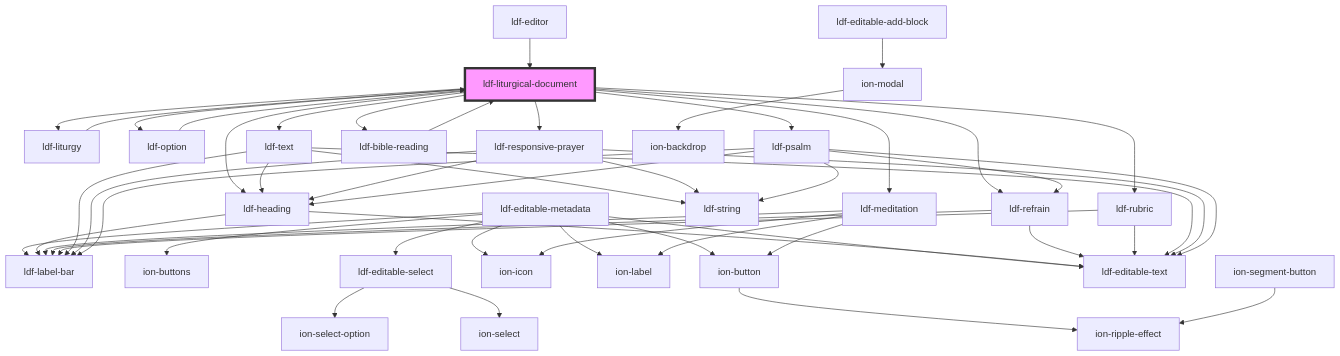
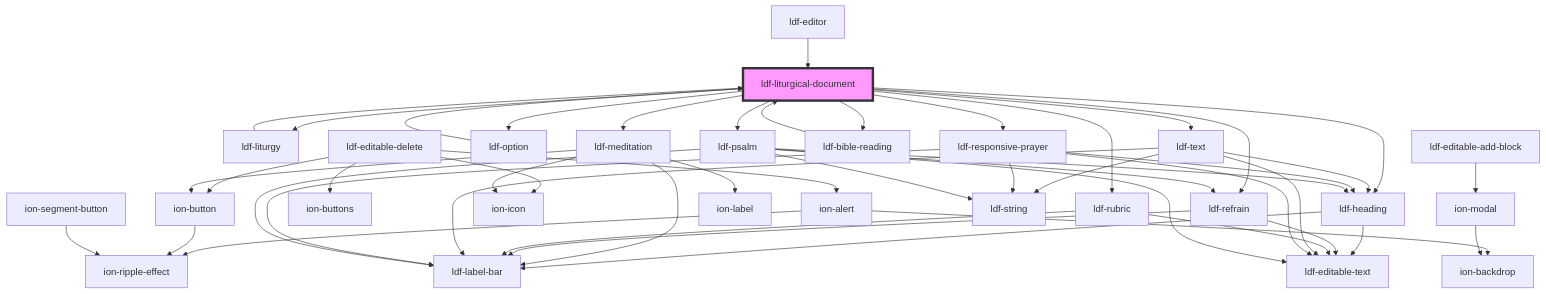
Before and after one commit to gbj/venite: the diagram in components/src/components/liturgical-document/readme.md, drawn with Mermaid. The commit also changed other lines of this file and 11 other files, not shown here.

Commit message:
Delete button

````diff
--- a/components/src/components/liturgical-document/readme.md
+++ b/components/src/components/liturgical-document/readme.md
@@ -47,54 +48,51 @@
 ```mermaid
 graph TD;
   ldf-liturgical-document --> ldf-liturgy
   ldf-liturgical-document --> ldf-heading
   ldf-liturgical-document --> ldf-meditation
   ldf-liturgical-document --> ldf-option
   ldf-liturgical-document --> ldf-refrain
   ldf-liturgical-document --> ldf-rubric
   ldf-liturgical-document --> ldf-text
   ldf-liturgical-document --> ldf-responsive-prayer
   ldf-liturgical-document --> ldf-bible-reading
   ldf-liturgical-document --> ldf-psalm
   ldf-liturgy --> ldf-liturgical-document
+  ldf-editable-delete --> ion-alert
+  ldf-editable-delete --> ion-buttons
+  ldf-editable-delete --> ion-button
+  ldf-editable-delete --> ion-icon
+  ion-alert --> ion-ripple-effect
+  ion-alert --> ion-backdrop
+  ion-button --> ion-ripple-effect
   ldf-editable-add-block --> ion-modal
   ion-modal --> ion-backdrop
-  ldf-editable-metadata --> ldf-label-bar
-  ldf-editable-metadata --> ion-buttons
-  ldf-editable-metadata --> ion-button
-  ldf-editable-metadata --> ion-icon
-  ldf-editable-metadata --> ion-label
-  ldf-editable-metadata --> ldf-editable-select
-  ldf-editable-metadata --> ldf-editable-text
-  ion-button --> ion-ripple-effect
-  ldf-editable-select --> ion-select
-  ldf-editable-select --> ion-select-option
   ldf-heading --> ldf-editable-text
   ldf-heading --> ldf-label-bar
   ldf-meditation --> ion-button
   ldf-meditation --> ion-icon
   ldf-meditation --> ion-label
   ldf-meditation --> ldf-label-bar
   ldf-option --> ldf-liturgical-document
   ion-segment-button --> ion-ripple-effect
   ldf-refrain --> ldf-label-bar
   ldf-refrain --> ldf-editable-text
   ldf-rubric --> ldf-label-bar
   ldf-rubric --> ldf-editable-text
   ldf-text --> ldf-label-bar
   ldf-text --> ldf-heading
   ldf-text --> ldf-editable-text
   ldf-text --> ldf-string
   ldf-responsive-prayer --> ldf-editable-text
   ldf-responsive-prayer --> ldf-string
   ldf-responsive-prayer --> ldf-label-bar
   ldf-responsive-prayer --> ldf-heading
   ldf-bible-reading --> ldf-liturgical-document
   ldf-psalm --> ldf-refrain
   ldf-psalm --> ldf-heading
   ldf-psalm --> ldf-label-bar
   ldf-psalm --> ldf-editable-text
   ldf-psalm --> ldf-string
   ldf-editor --> ldf-liturgical-document
   style ldf-liturgical-document fill:#f9f,stroke:#333,stroke-width:4px
 ```
````
